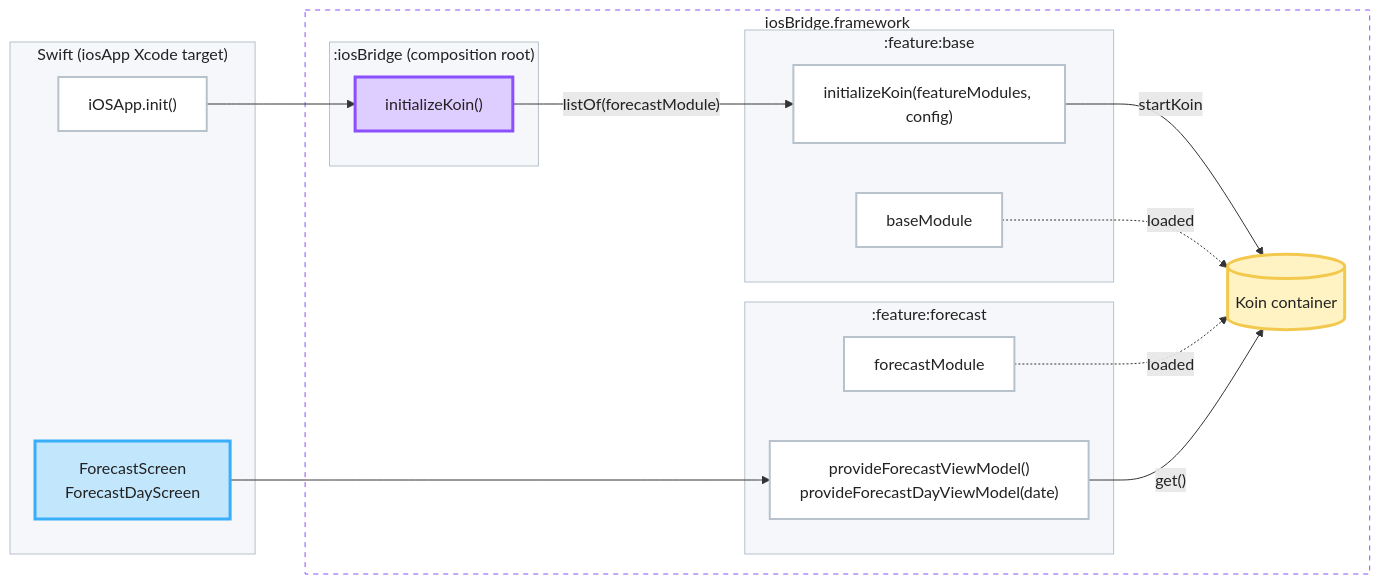
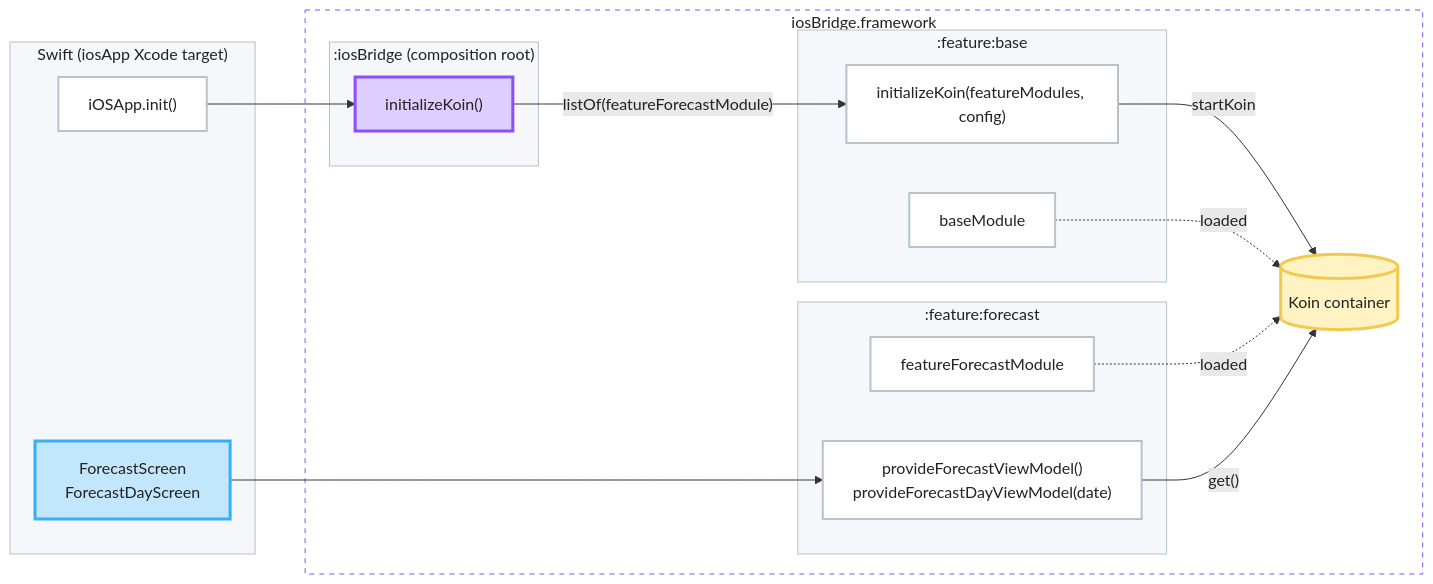
One commit to igorwojda/kmp-showcase changed the third of 3 diagrams in README.md. Above: the diagram before and after it, drawn with Mermaid. The commit also changed other lines of this file and 3 other files, not shown here.

Commit message:
Rename forecastModule to featureForecastModule for improved clarity in dependency injection

````diff
--- a/README.md
+++ b/README.md
@@ -266,49 +266,49 @@
 ```mermaid
 flowchart LR
     subgraph swift["Swift (iosApp Xcode target)"]
         iosApp["iOSApp.init()"]
         swiftScreens["ForecastScreen<br/>ForecastDayScreen"]
     end
 
     subgraph framework["iosBridge.framework"]
         subgraph iosBridge[":iosBridge (composition root)"]
             bridgeInit["initializeKoin()"]
         end
 
         subgraph base[":feature:base"]
             initializeKoin["initializeKoin(featureModules, config)"]
             baseModule["baseModule"]
         end
 
         subgraph forecast[":feature:forecast"]
-            forecastModule["forecastModule"]
+            featureForecastModule["featureForecastModule"]
             accessors["provideForecastViewModel()<br/>provideForecastDayViewModel(date)"]
         end
 
         koin[("Koin container")]
     end
 
     iosApp --> bridgeInit
-    bridgeInit -- "listOf(forecastModule)" --> initializeKoin
+    bridgeInit -- "listOf(featureForecastModule)" --> initializeKoin
     initializeKoin -- "startKoin" --> koin
     baseModule -. "loaded" .-> koin
-    forecastModule -. "loaded" .-> koin
+    featureForecastModule -. "loaded" .-> koin
     swiftScreens --> accessors
     accessors -- "get()" --> koin
 
     classDef root fill:#DECDFF,stroke:#8C4FFF,stroke-width:3px,color:#222222;
     classDef ui fill:#C2E6FC,stroke:#38ADFA,stroke-width:3px,color:#222222;
     classDef code fill:#FFFFFF,stroke:#B8C2CC,stroke-width:2px,color:#222222;
     classDef container fill:#FFF3C4,stroke:#F2C94C,stroke-width:3px,color:#222222;
 
     class bridgeInit root;
     class swiftScreens ui;
-    class iosApp,initializeKoin,baseModule,forecastModule,accessors code;
+    class iosApp,initializeKoin,baseModule,featureForecastModule,accessors code;
     class koin container;
 
     style swift fill:#F5F7FA,stroke:#B8C2CC,color:#222222;
     style framework fill:#FFFFFF,stroke:#8C4FFF,stroke-dasharray:5 5,color:#222222;
     style iosBridge fill:#F5F7FA,stroke:#B8C2CC,color:#222222;
     style base fill:#F5F7FA,stroke:#B8C2CC,color:#222222;
     style forecast fill:#F5F7FA,stroke:#B8C2CC,color:#222222;
 ```
````
